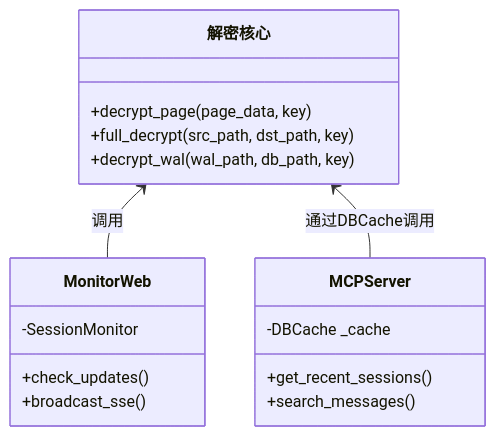
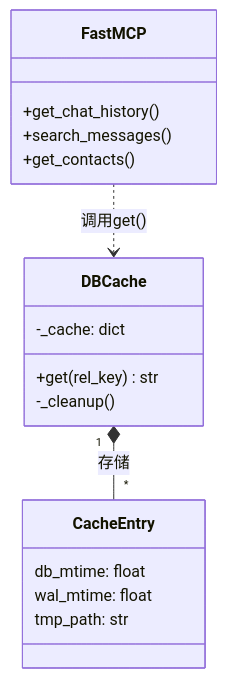
One commit to nerdneilsfield/code-wiki-pages changed the fourth of 13 diagrams in public/wechat-decrypt/guide-beginners-guide-data-flow.md. Above: the diagram before and after it, drawn with Mermaid. The commit also changed other lines of this file and 30 other files, not shown here.

````diff
--- a/public/wechat-decrypt/guide-beginners-guide-data-flow.md
+++ b/public/wechat-decrypt/guide-beginners-guide-data-flow.md
@@ -131,23 +137,23 @@
 ```mermaid
 classDiagram
-    class 解密核心 {
-        +decrypt_page(page_data, key)
-        +full_decrypt(src_path, dst_path, key)
-        +decrypt_wal(wal_path, db_path, key)
+    class DBCache {
+        -_cache: dict
+        +get(rel_key) str
+        -_cleanup()
     }
     
-    class MonitorWeb {
-        -SessionMonitor
-        +check_updates()
-        +broadcast_sse()
+    class CacheEntry {
+        db_mtime: float
+        wal_mtime: float
+        tmp_path: str
     }
     
-    class MCPServer {
-        -DBCache _cache
-        +get_recent_sessions()
+    class FastMCP {
+        +get_chat_history()
         +search_messages()
+        +get_contacts()
     }
     
-    解密核心 <-- MonitorWeb : 调用
-    解密核心 <-- MCPServer : 通过DBCache调用
+    DBCache "1" *-- "*" CacheEntry : 存储
+    FastMCP ..> DBCache : 调用get()
 ```
````
